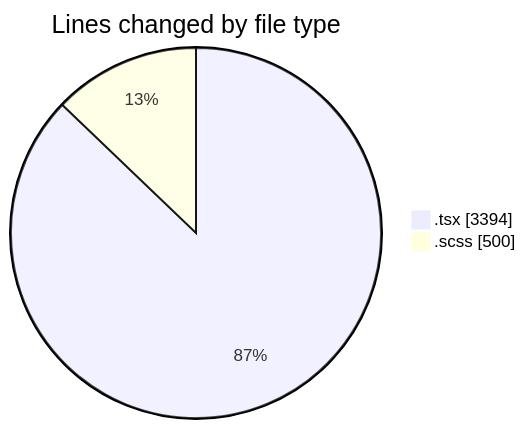
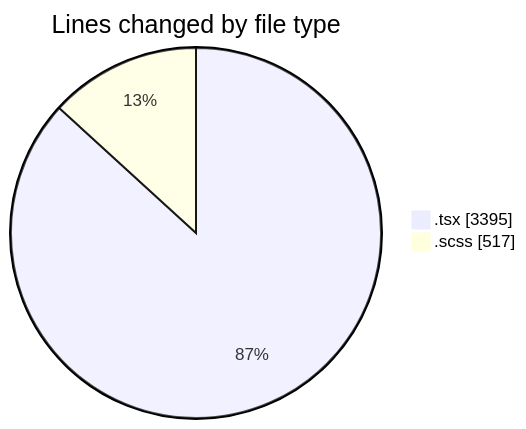
Before and after one commit to momahboobian/code-tracking: the first of 2 diagrams in 2025-09-30/cda/README.md, drawn with Mermaid. The commit also changed other lines of this file and 1 other file, not shown here.

````diff
--- a/2025-09-30/cda/README.md
+++ b/2025-09-30/cda/README.md
@@ -25,6 +25,6 @@
 ```mermaid
 pie showData
 title Lines changed by file type
-".tsx" : 3394
-".scss" : 500
+".tsx" : 3395
+".scss" : 517
 ```
````
